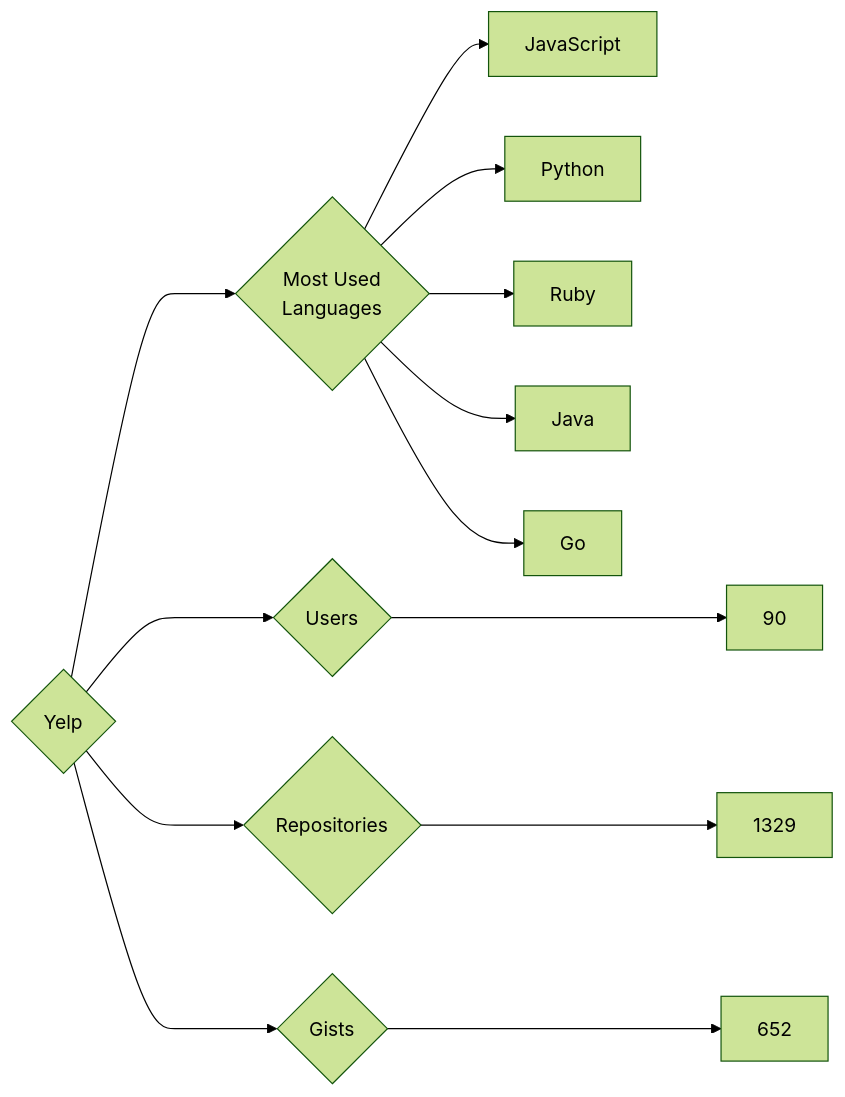
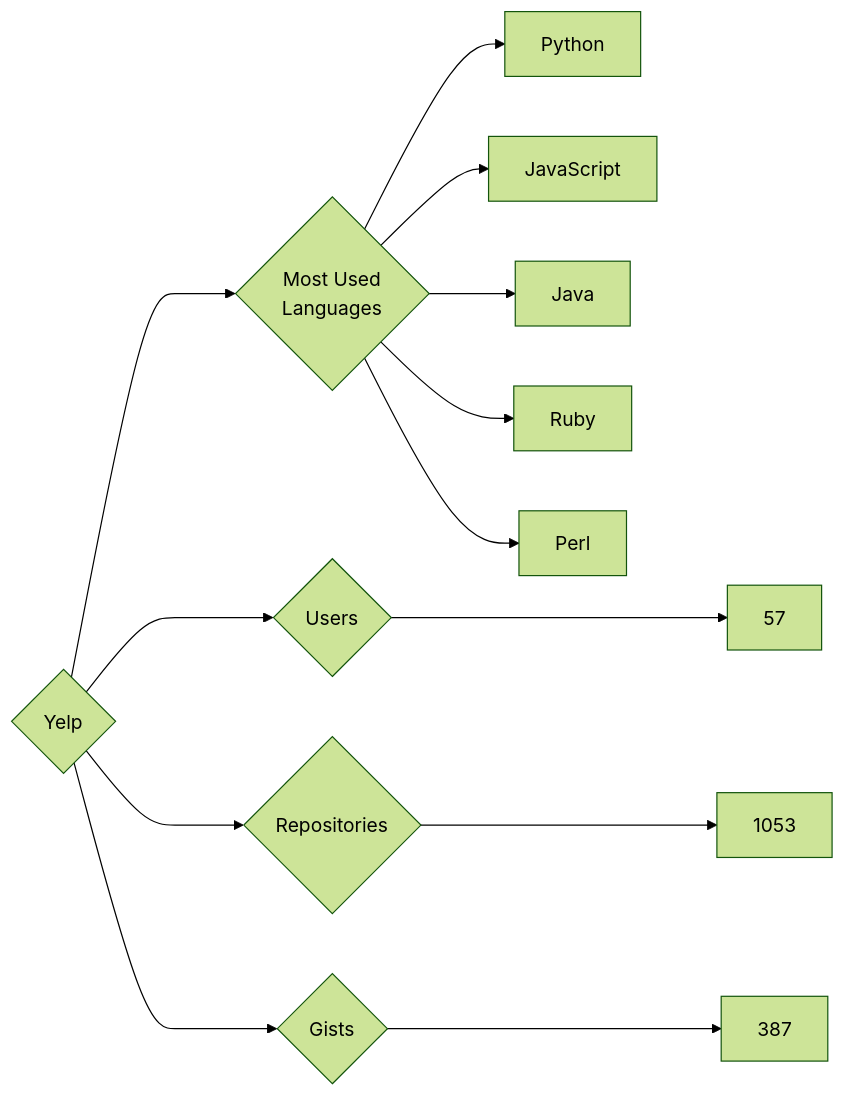
Before and after one commit to trickest/insiders: the diagram in targets/Yelp/README.md, drawn with Mermaid (forest theme). The commit also changed 835 other files, not shown here.

````diff
--- a/targets/Yelp/README.md
+++ b/targets/Yelp/README.md
@@ -3,13 +3,13 @@
 ```mermaid
 graph LR
 COMPANY_NAME{Yelp}
-COMPANY_NAME ---> U{Users} ---> UN[90]
-COMPANY_NAME ---> R{Repositories} ---> RN[1329]
-COMPANY_NAME ---> G{Gists} ---> GN[652]
+COMPANY_NAME ---> U{Users} ---> UN[57]
+COMPANY_NAME ---> R{Repositories} ---> RN[1053]
+COMPANY_NAME ---> G{Gists} ---> GN[387]
 COMPANY_NAME ---> ML{Most Used<br>Languages}
+ML --> Python[Python]
 ML --> JavaScript[JavaScript]
-ML --> Python[Python]
+ML --> Java[Java]
 ML --> Ruby[Ruby]
-ML --> Java[Java]
-ML --> Go[Go]
+ML --> Perl[Perl]
 ```
````
